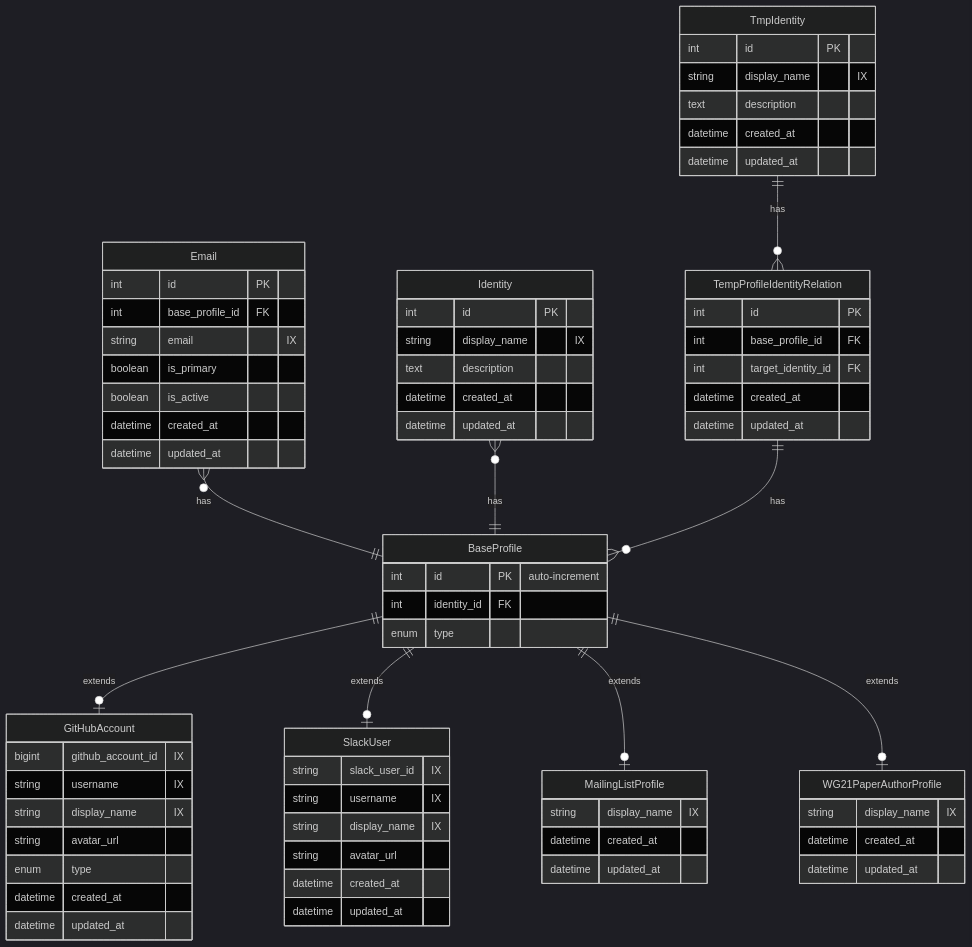
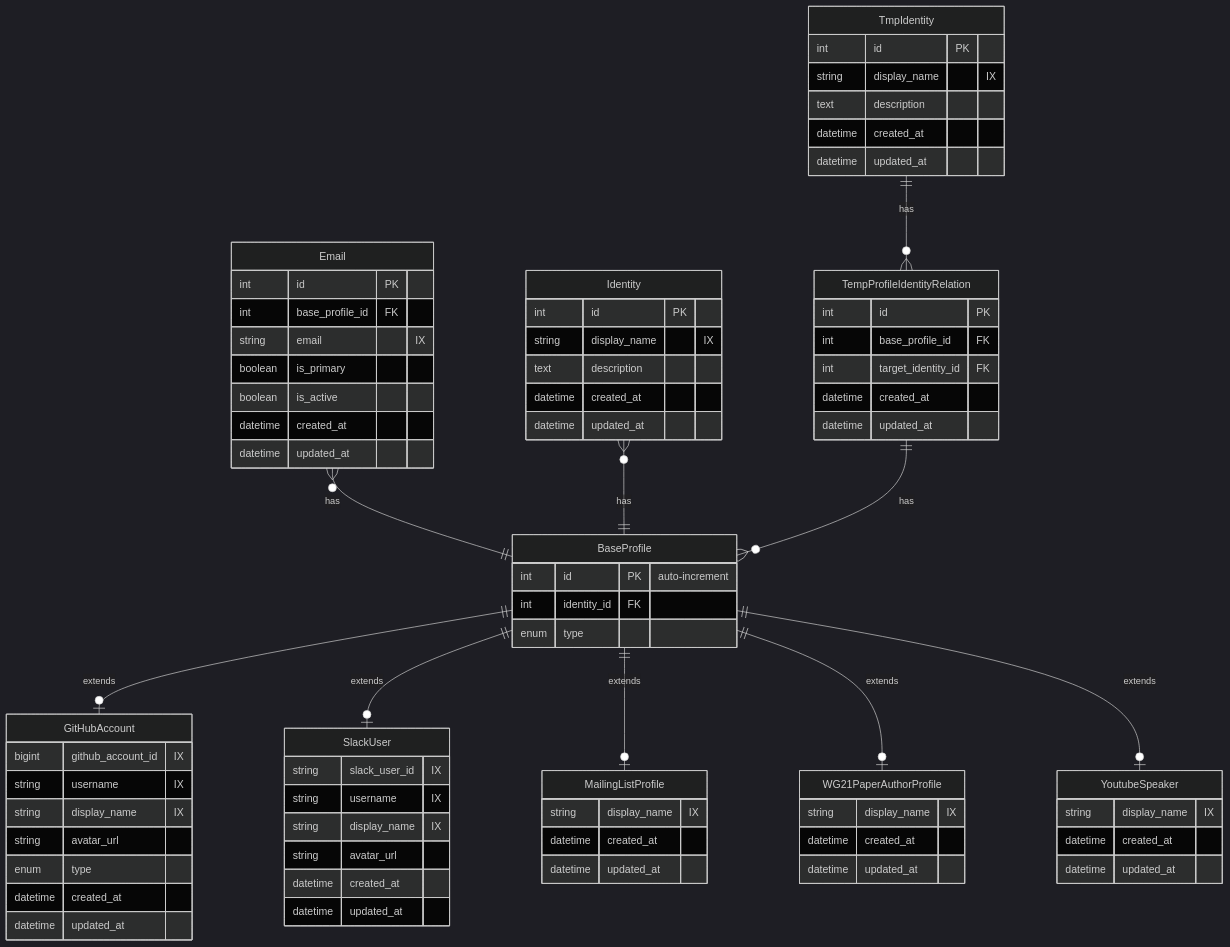
The first of 13 diagrams in docs/Schema.md (cppalliance/boost-data-collector), drawn with Mermaid (dark theme) before and after one commit. The commit also changed other lines of this file and 25 other files, not shown here.

```diff
--- a/docs/Schema.md
+++ b/docs/Schema.md
@@ -20,6 +20,7 @@
     BaseProfile ||--o| SlackUser : "extends"
     BaseProfile ||--o| MailingListProfile : "extends"
     BaseProfile ||--o| WG21PaperAuthorProfile : "extends"
+    BaseProfile ||--o| YoutubeSpeaker : "extends"
     Identity }o--|| BaseProfile  : "has"
     TempProfileIdentityRelation ||--o{ BaseProfile  : "has"
     TmpIdentity ||--o{ TempProfileIdentityRelation : "has"
@@ -72,6 +73,12 @@
         datetime updated_at
     }
 
+    YoutubeSpeaker {
+        string display_name "IX"
+        datetime created_at
+        datetime updated_at
+    }
+
     Identity {
         int id PK
         string display_name "IX"
```
